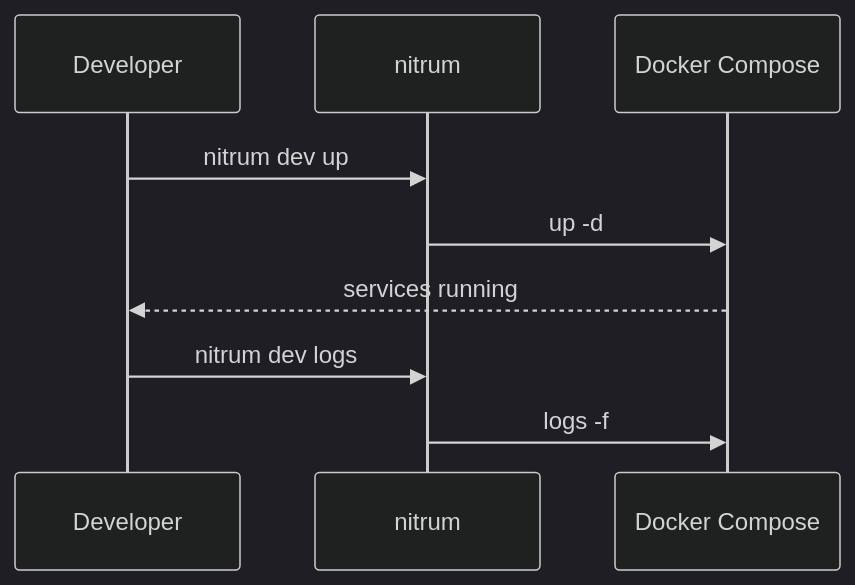
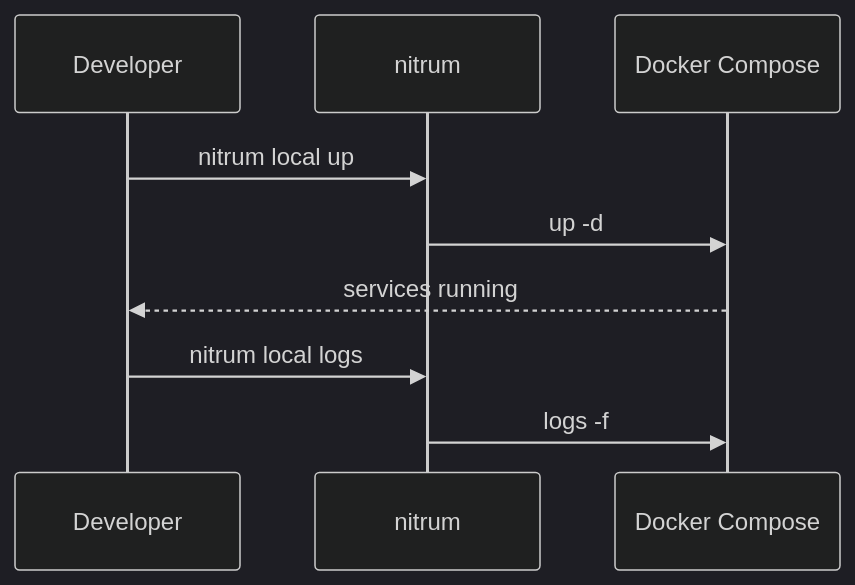
One commit to matzapata/nitrum changed the sixth of 7 diagrams in docs/architecture.md. Above: the diagram before and after it, drawn with Mermaid (dark theme). The commit also changed other lines of this file and 25 other files, not shown here.

````diff
--- a/docs/architecture.md
+++ b/docs/architecture.md
@@ -199,12 +199,12 @@
 ```mermaid
 sequenceDiagram
     participant Dev as Developer
     participant CLI as nitrum
     participant DC as Docker Compose
 
-    Dev->>CLI: nitrum dev up
+    Dev->>CLI: nitrum local up
     CLI->>DC: up -d
     DC-->>Dev: services running
-    Dev->>CLI: nitrum dev logs
+    Dev->>CLI: nitrum local logs
     CLI->>DC: logs -f
 ```
````
